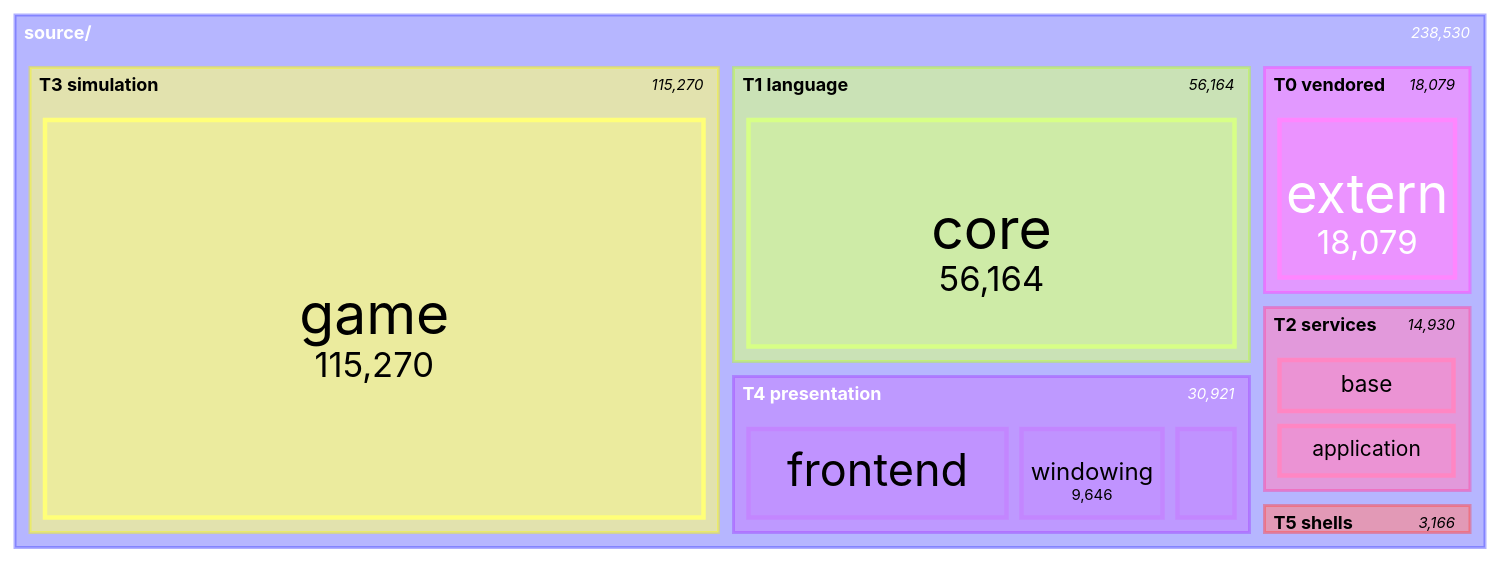
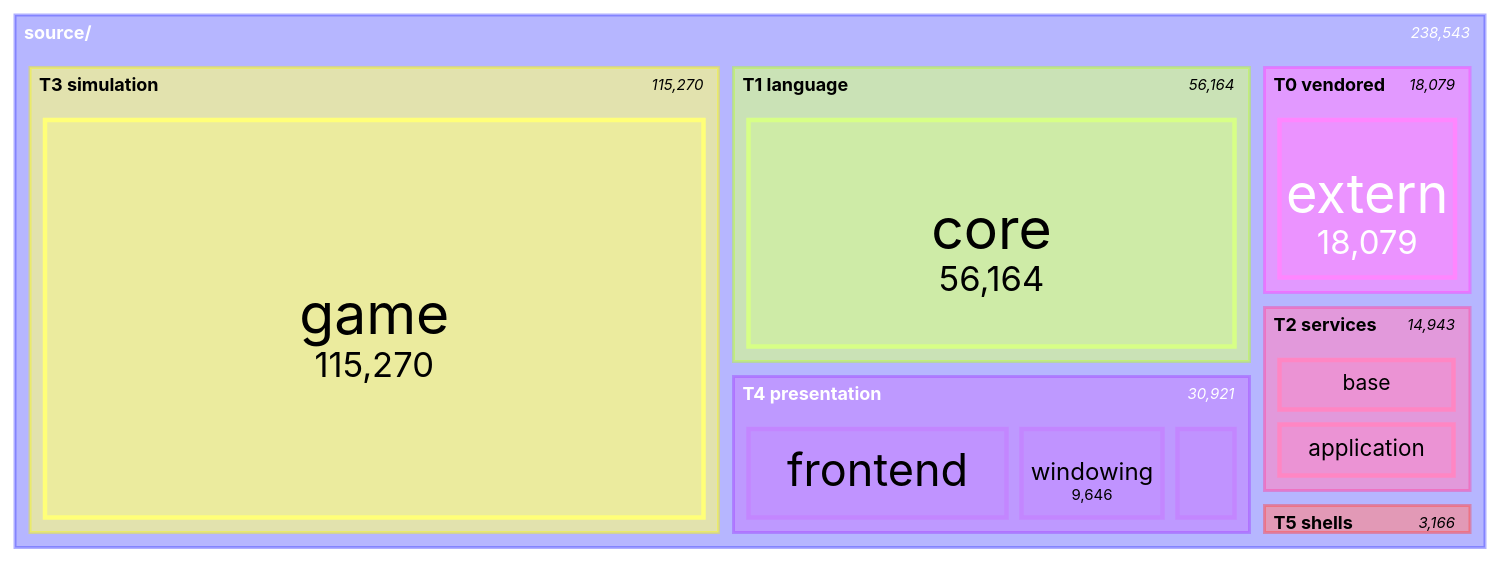
One commit to apnex/OpenStarbound changed the seventh of 11 diagrams in docs/architecture/system-boundaries.md. Above: the diagram before and after it, drawn with Mermaid. The commit also changed other lines of this file and 2 other files, not shown here.

````diff
--- a/docs/architecture/system-boundaries.md
+++ b/docs/architecture/system-boundaries.md
@@ -577,21 +577,21 @@
 ```mermaid
 treemap-beta
 "source/"
     "T0 vendored"
         "extern": 18079
     "T1 language"
         "core": 56164
     "T2 services"
         "base": 7411
-        "application": 7377
+        "application": 7390
         "platform": 142
     "T3 simulation"
         "game": 115270
     "T4 presentation"
         "frontend": 16861
         "windowing": 9646
         "rendering": 4414
     "T5 shells"
         "client": 2383
         "server": 783
 ```
````
